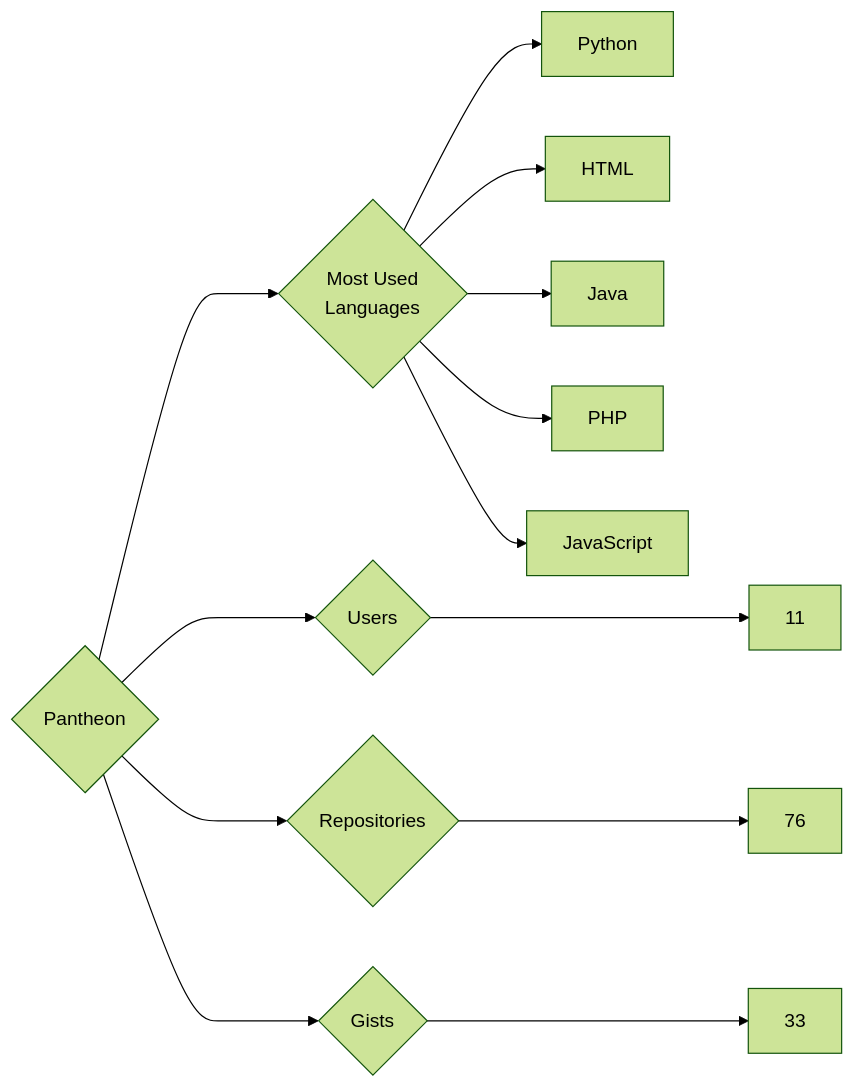
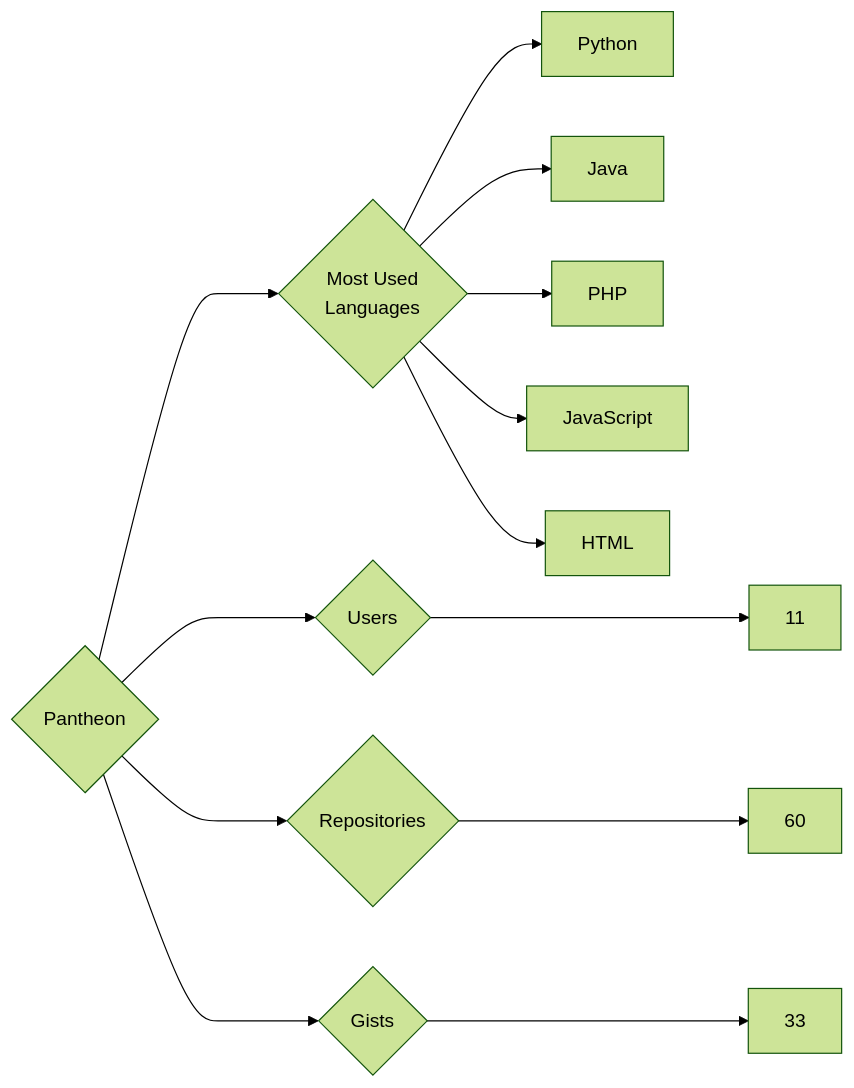
One commit to trickest/insiders changed the diagram in targets/Pantheon/README.md. Above: the diagram before and after it, drawn with Mermaid (forest theme). The commit also changed 970 other files, not shown here.

````diff
--- a/targets/Pantheon/README.md
+++ b/targets/Pantheon/README.md
@@ -3,13 +3,13 @@
 ```mermaid
 graph LR
 COMPANY_NAME{Pantheon}
 COMPANY_NAME ---> U{Users} ---> UN[11]
-COMPANY_NAME ---> R{Repositories} ---> RN[76]
+COMPANY_NAME ---> R{Repositories} ---> RN[60]
 COMPANY_NAME ---> G{Gists} ---> GN[33]
 COMPANY_NAME ---> ML{Most Used<br>Languages}
 ML --> Python[Python]
-ML --> HTML[HTML]
 ML --> Java[Java]
 ML --> PHP[PHP]
 ML --> JavaScript[JavaScript]
+ML --> HTML[HTML]
 ```
````
